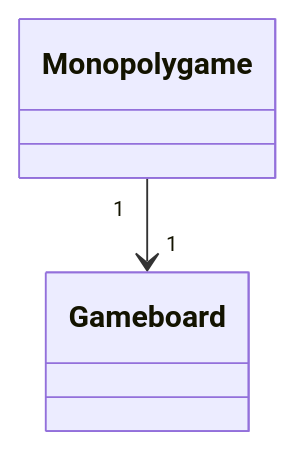
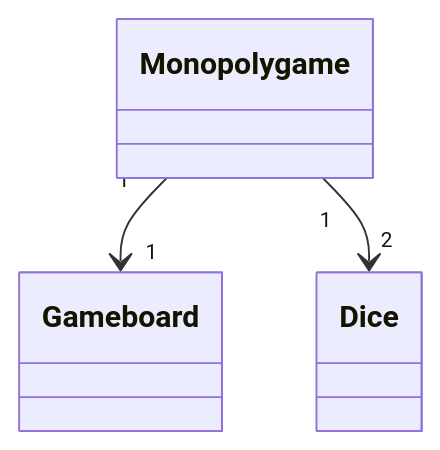
The diagram in laskarit/viikko3/task1.md (lenbie/Expense-Tracker-Project), drawn with Mermaid before and after one commit. The commit also changed other lines of this file, not shown here.

````diff
--- a/laskarit/viikko3/task1.md
+++ b/laskarit/viikko3/task1.md
@@ -4,8 +4,11 @@
 ```mermaid
   classDiagram
         Monopoly game "1" --> "1" Game board
         class Monopoly game{
                 }
         class Game board{
         }
+        Monopoly game "1" --> "2" Dice
+        class Dice{
+        }
 ```
````
